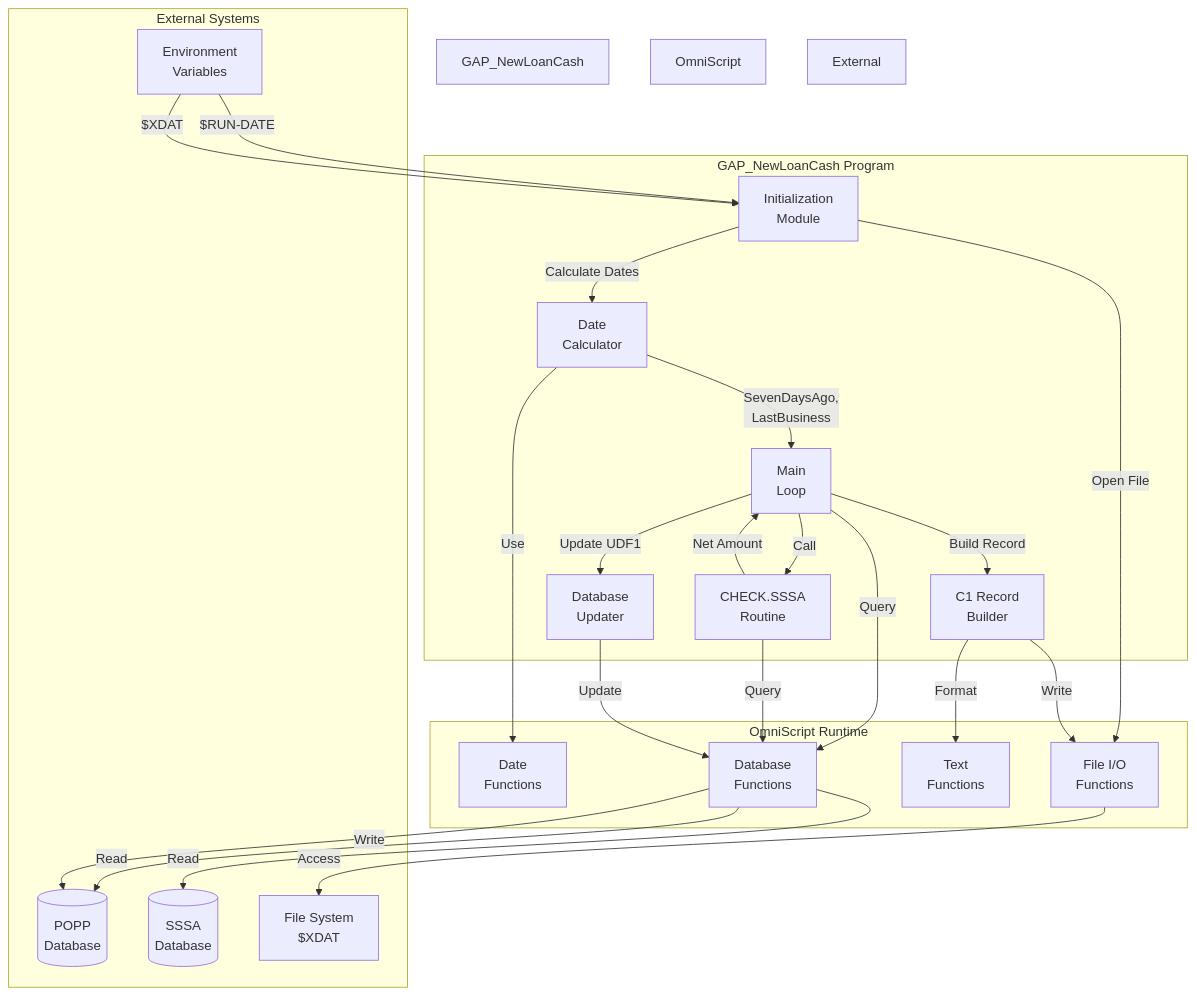
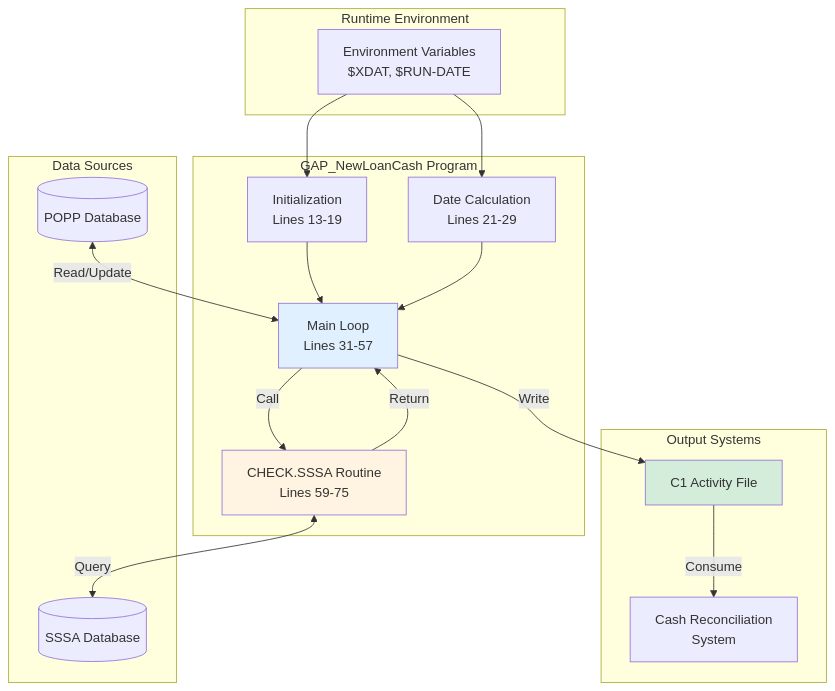
The seventh of 12 diagrams in omniscript-documentation/santized/GAP_NewLoanCash/GAP_NewLoanCash_DIAGRAMS.md (danismith-slalom1/bokf-poc), drawn with Mermaid before and after one commit. The commit also changed other lines of this file and 12 other files, not shown here.

````diff
--- a/omniscript-documentation/santized/GAP_NewLoanCash/GAP_NewLoanCash_DIAGRAMS.md
+++ b/omniscript-documentation/santized/GAP_NewLoanCash/GAP_NewLoanCash_DIAGRAMS.md
@@ -245,55 +247,40 @@
 ```mermaid
 graph TB
-    subgraph External Systems
-        ENV[Environment<br/>Variables]
-        POPP_DB[(POPP<br/>Database)]
-        SSSA_DB[(SSSA<br/>Database)]
-        FileSystem[File System<br/>$XDAT]
+    subgraph "Runtime Environment"
+        ENV[Environment Variables<br/>$XDAT, $RUN-DATE]
     end
     
-    subgraph GAP_NewLoanCash Program
-        Init[Initialization<br/>Module]
-        DateCalc[Date<br/>Calculator]
-        MainLoop[Main<br/>Loop]
-        CheckSSA[CHECK.SSSA<br/>Routine]
-        C1Builder[C1 Record<br/>Builder]
-        DBUpdate[Database<br/>Updater]
+    subgraph "GAP_NewLoanCash Program"
+        INIT[Initialization<br/>Lines 13-19]
+        DATE[Date Calculation<br/>Lines 21-29]
+        MAIN[Main Loop<br/>Lines 31-57]
+        ROUT[CHECK.SSSA Routine<br/>Lines 59-75]
     end
     
-    subgraph OmniScript Runtime
-        DateFuncs[Date<br/>Functions]
-        FileFuncs[File I/O<br/>Functions]
-        TextFuncs[Text<br/>Functions]
-        DBFuncs[Database<br/>Functions]
+    subgraph "Data Sources"
+        POPPDB[(POPP Database)]
+        SSSADB[(SSSA Database)]
     end
     
-    ENV -->|$RUN-DATE| Init
-    ENV -->|$XDAT| Init
+    subgraph "Output Systems"
+        OUTFILE[C1 Activity File]
+        RECON[Cash Reconciliation<br/>System]
+    end
     
-    Init -->|Calculate Dates| DateCalc
-    DateCalc -->|Use| DateFuncs
-    DateCalc -->|SevenDaysAgo,<br/>LastBusiness| MainLoop
+    ENV --> INIT
+    ENV --> DATE
+    INIT --> MAIN
+    DATE --> MAIN
     
-    Init -->|Open File| FileFuncs
-    FileFuncs -->|Access| FileSystem
+    POPPDB <-->|Read/Update| MAIN
+    MAIN -->|Call| ROUT
+    ROUT <-->|Query| SSSADB
+    ROUT -->|Return| MAIN
     
-    MainLoop -->|Query| DBFuncs
-    DBFuncs -->|Read| POPP_DB
+    MAIN -->|Write| OUTFILE
+    OUTFILE -->|Consume| RECON
     
-    MainLoop -->|Call| CheckSSA
-    CheckSSA -->|Query| DBFuncs
-    DBFuncs -->|Read| SSSA_DB
-    CheckSSA -->|Net Amount| MainLoop
-    
-    MainLoop -->|Build Record| C1Builder
-    C1Builder -->|Format| TextFuncs
-    C1Builder -->|Write| FileFuncs
-    
-    MainLoop -->|Update UDF1| DBUpdate
-    DBUpdate -->|Update| DBFuncs
-    DBFuncs -->|Write| POPP_DB
-    
-    style GAP_NewLoanCash Program fill:#E8F4F8
-    style OmniScript Runtime fill:#FFF4E6
-    style External Systems fill:#FFE4E1
+    style MAIN fill:#e1f0ff
+    style ROUT fill:#fff4e1
+    style OUTFILE fill:#d4edda
 ```
````
